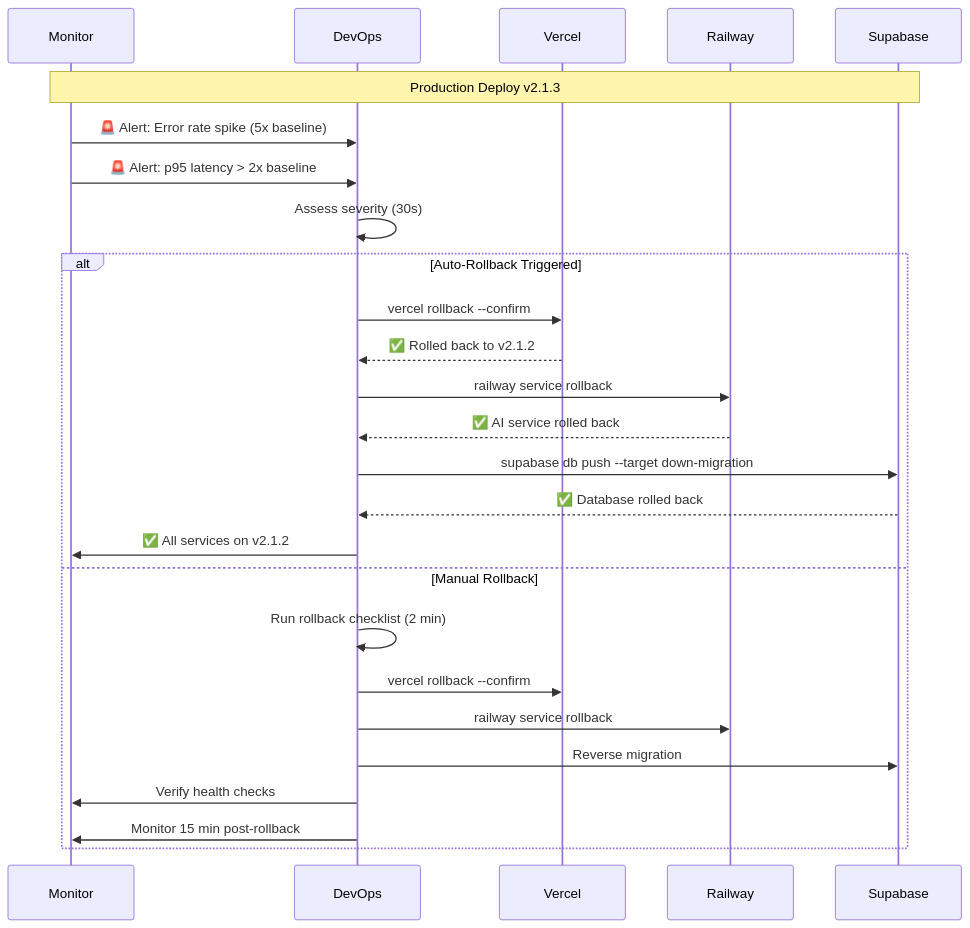
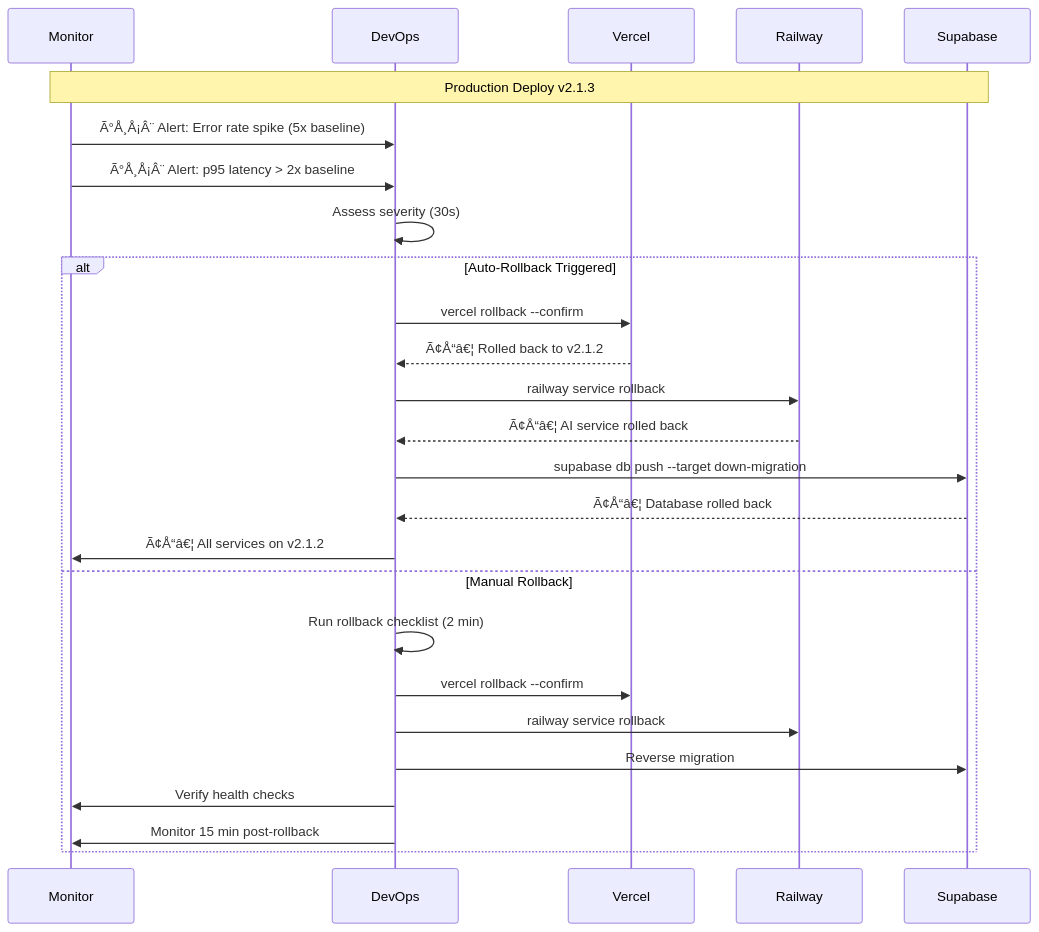
One commit to rohitkumarnaidu/Portfolio changed diagram 16 of 17 in docs/12-devops/DEPLOYMENT-GUIDE.md. Above: the diagram before and after it, drawn with Mermaid. The commit also changed other lines of this file and 343 other files, not shown here.

First line of the commit message:
docs: add Mermaid diagrams across 140+ files — 38% -> 70% coverage

````diff
--- a/docs/12-devops/DEPLOYMENT-GUIDE.md
+++ b/docs/12-devops/DEPLOYMENT-GUIDE.md
@@ -1577,32 +1577,32 @@
 ```mermaid
 sequenceDiagram
     participant M as Monitor
     participant D as DevOps
     participant V as Vercel
     participant R as Railway
     participant S as Supabase
 
     Note over M,S: Production Deploy v2.1.3
 
-    M->>D: 🚨 Alert: Error rate spike (5x baseline)
-    M->>D: 🚨 Alert: p95 latency > 2x baseline
+    M->>D: Ã°Å¸Å¡Â¨ Alert: Error rate spike (5x baseline)
+    M->>D: Ã°Å¸Å¡Â¨ Alert: p95 latency > 2x baseline
     
     D->>D: Assess severity (30s)
     
     alt Auto-Rollback Triggered
         D->>V: vercel rollback --confirm
-        V-->>D: ✅ Rolled back to v2.1.2
+        V-->>D: Ã¢Å“â€¦ Rolled back to v2.1.2
         D->>R: railway service rollback
-        R-->>D: ✅ AI service rolled back
+        R-->>D: Ã¢Å“â€¦ AI service rolled back
         D->>S: supabase db push --target down-migration
-        S-->>D: ✅ Database rolled back
-        D->>M: ✅ All services on v2.1.2
+        S-->>D: Ã¢Å“â€¦ Database rolled back
+        D->>M: Ã¢Å“â€¦ All services on v2.1.2
     else Manual Rollback
         D->>D: Run rollback checklist (2 min)
         D->>V: vercel rollback --confirm
         D->>R: railway service rollback
         D->>S: Reverse migration
         D->>M: Verify health checks
         D->>M: Monitor 15 min post-rollback
     end
 ```
````
